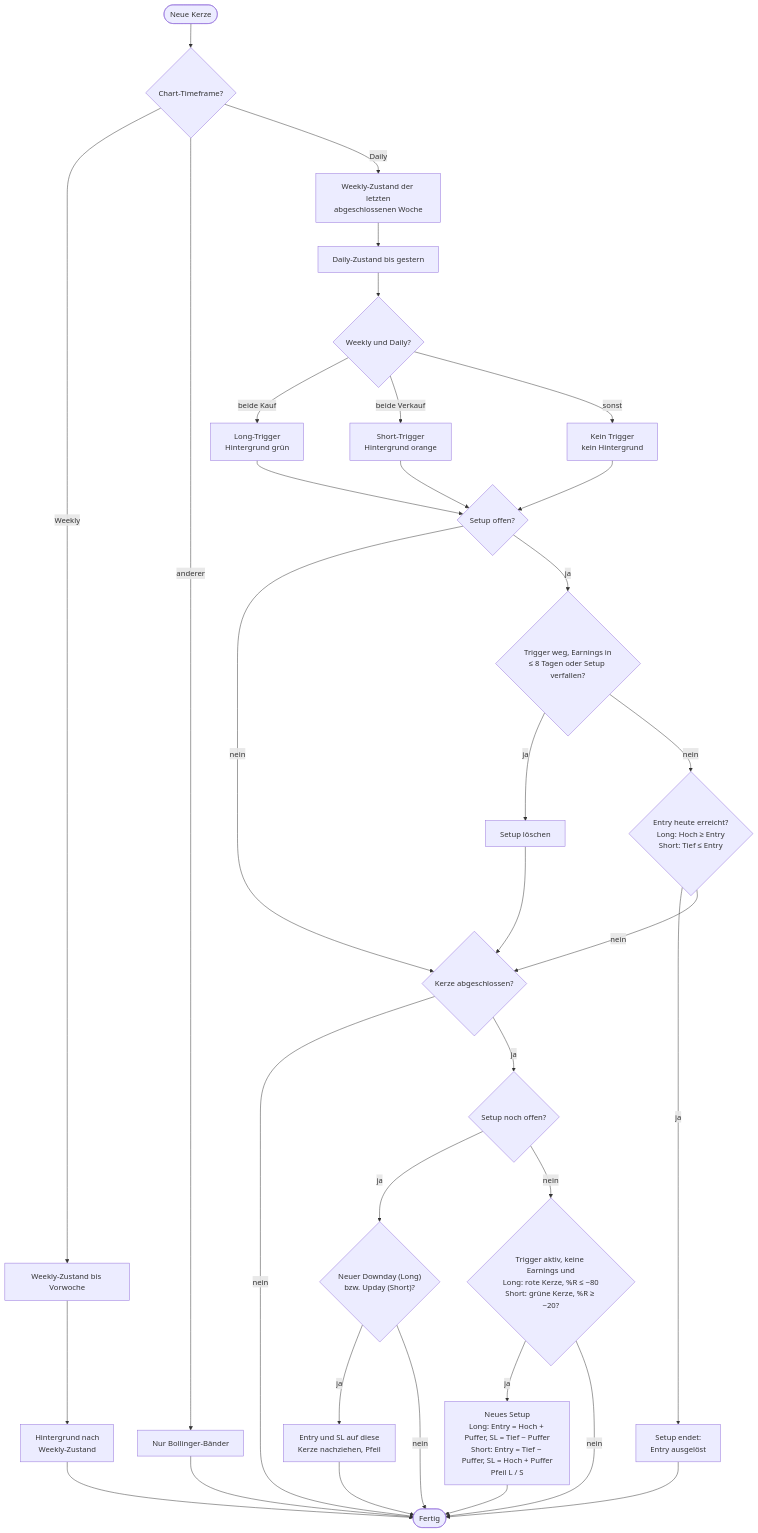
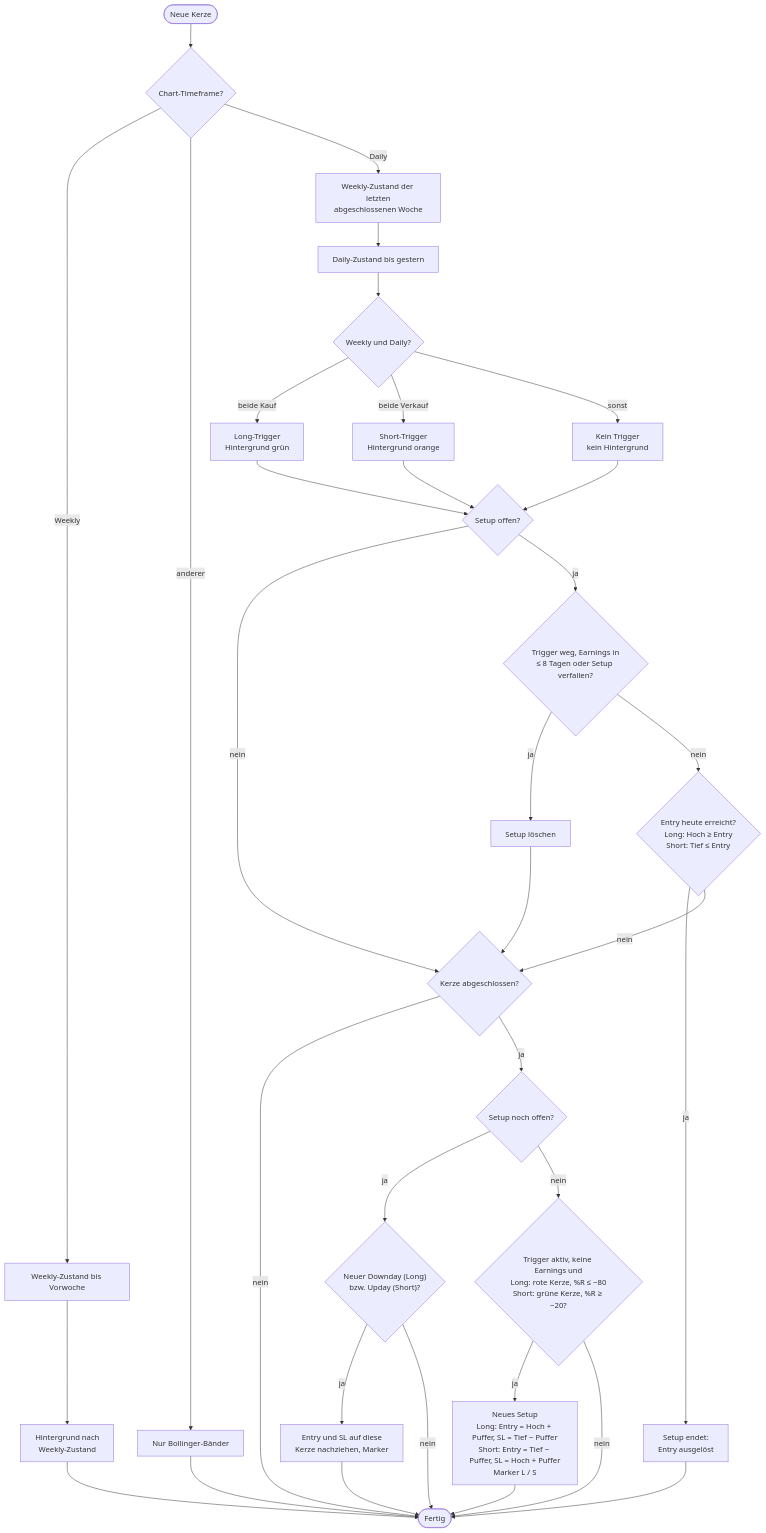
One commit to bbccd/AKJ2 changed the second of 2 diagrams in README.md. Above: the diagram before and after it, drawn with Mermaid. The commit also changed other lines of this file and 2 other files, not shown here.

First line of the commit message:
Neue Farben, gefüllte L/S-Marker, aktuelles Setup hervorgehoben

````diff
--- a/README.md
+++ b/README.md
@@ -37,39 +39,39 @@
 ```mermaid
 flowchart TD
     Start(["Neue Kerze"]) --> TF{"Chart-Timeframe?"}
     TF -- "Weekly" --> W1["Weekly-Zustand bis Vorwoche"]
     W1 --> W2["Hintergrund nach<br/>Weekly-Zustand"]
     W2 --> Ende(["Fertig"])
     TF -- "anderer" --> X["Nur Bollinger-Bänder"]
     X --> Ende
 
     TF -- "Daily" --> D1["Weekly-Zustand der letzten<br/>abgeschlossenen Woche"]
     D1 --> D2["Daily-Zustand bis gestern"]
     D2 --> T{"Weekly und Daily?"}
     T -- "beide Kauf" --> TL["Long-Trigger<br/>Hintergrund grün"]
     T -- "beide Verkauf" --> TS["Short-Trigger<br/>Hintergrund orange"]
     T -- "sonst" --> TN["Kein Trigger<br/>kein Hintergrund"]
     TL --> O
     TS --> O
     TN --> O
 
     O{"Setup offen?"} -- "nein" --> K
     O -- "ja" --> C{"Trigger weg, Earnings in<br/>≤ 8 Tagen oder Setup verfallen?"}
     C -- "ja" --> CX["Setup löschen"]
     CX --> K
     C -- "nein" --> F{"Entry heute erreicht?<br/>Long: Hoch ≥ Entry<br/>Short: Tief ≤ Entry"}
     F -- "ja" --> FX["Setup endet:<br/>Entry ausgelöst"]
     FX --> Ende
     F -- "nein" --> K
 
     K{"Kerze abgeschlossen?"} -- "nein" --> Ende
     K -- "ja" --> M{"Setup noch offen?"}
     M -- "ja" --> MV{"Neuer Downday (Long)<br/>bzw. Upday (Short)?"}
-    MV -- "ja" --> MVX["Entry und SL auf diese<br/>Kerze nachziehen, Pfeil"]
+    MV -- "ja" --> MVX["Entry und SL auf diese<br/>Kerze nachziehen, Marker"]
     MV -- "nein" --> Ende
     MVX --> Ende
     M -- "nein" --> NS{"Trigger aktiv, keine Earnings und<br/>Long: rote Kerze, %R ≤ −80<br/>Short: grüne Kerze, %R ≥ −20?"}
-    NS -- "ja" --> NSX["Neues Setup<br/>Long: Entry = Hoch + Puffer, SL = Tief − Puffer<br/>Short: Entry = Tief − Puffer, SL = Hoch + Puffer<br/>Pfeil L / S"]
+    NS -- "ja" --> NSX["Neues Setup<br/>Long: Entry = Hoch + Puffer, SL = Tief − Puffer<br/>Short: Entry = Tief − Puffer, SL = Hoch + Puffer<br/>Marker L / S"]
     NS -- "nein" --> Ende
     NSX --> Ende
 ```
````
